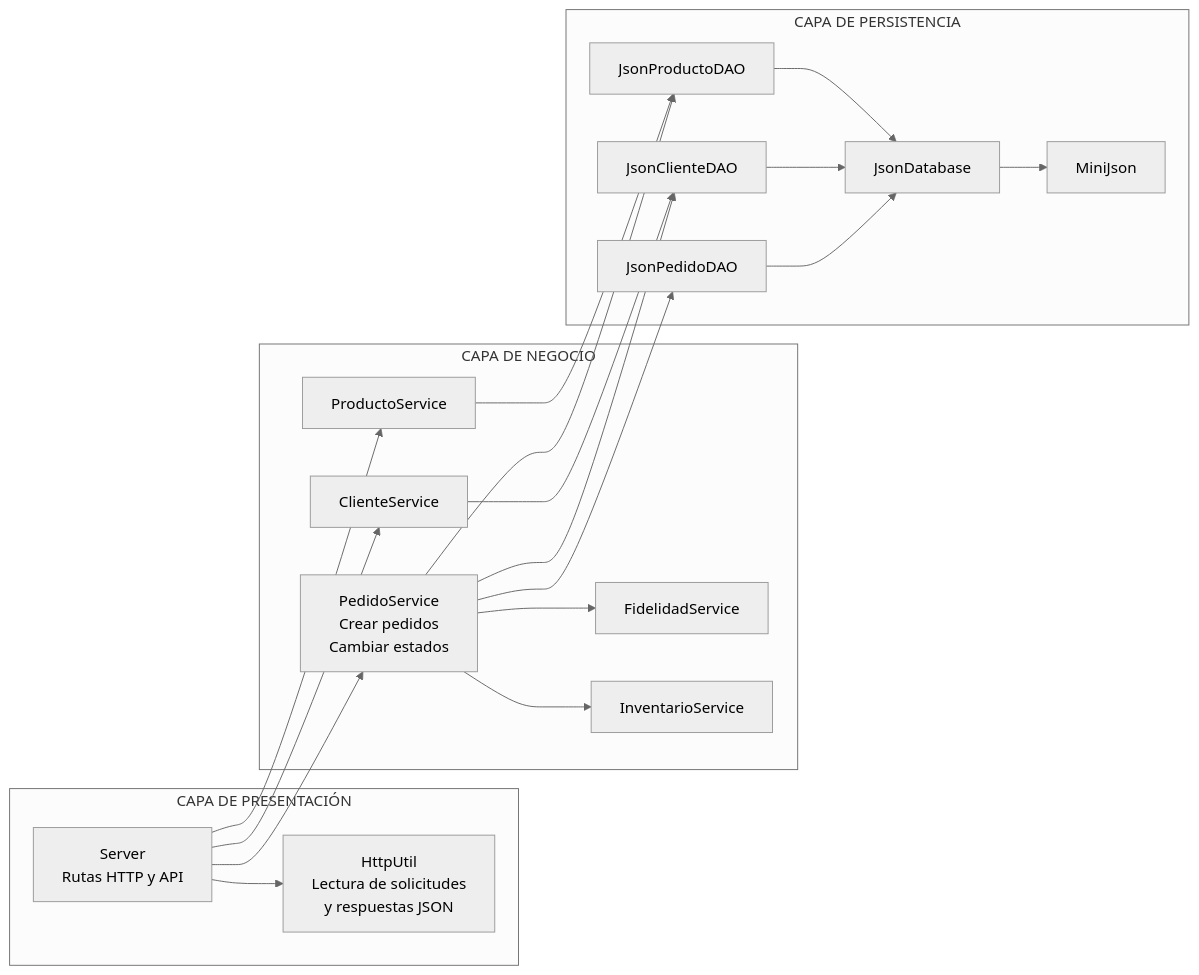
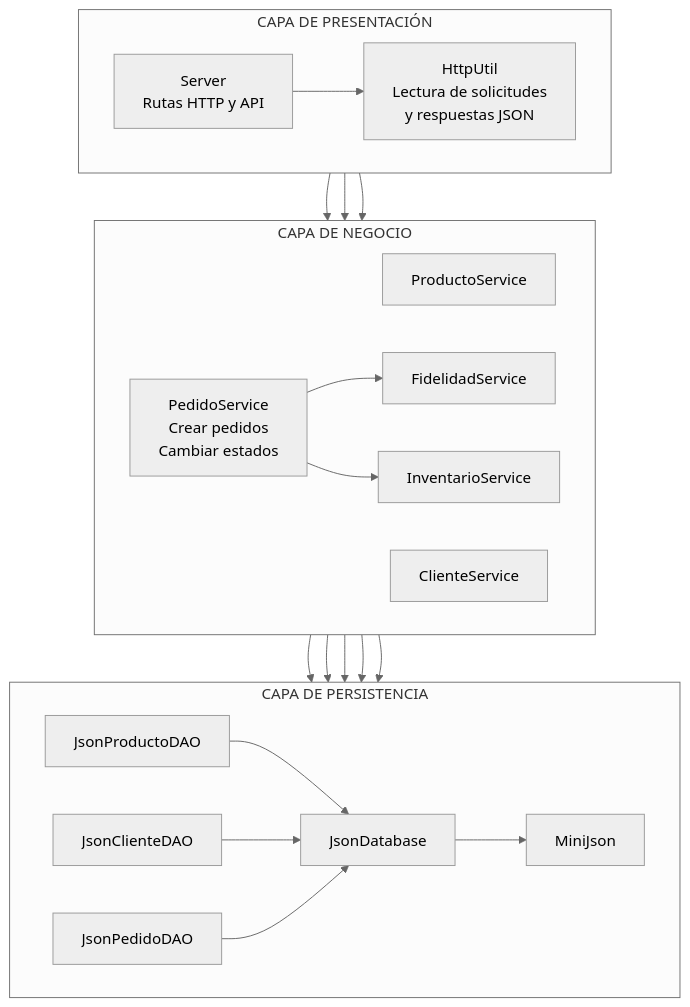
Before and after one commit to alejoms13/Taller-Modelo-N-Tier: the diagram in docs/diagramas-c4/c3-componentes.mmd, drawn with Mermaid (neutral theme).

```diff
--- a/docs/diagramas-c4/c3-componentes.mmd
+++ b/docs/diagramas-c4/c3-componentes.mmd
@@ -1,40 +1,43 @@
-flowchart LR
+flowchart TB
     subgraph P["CAPA DE PRESENTACIÓN"]
+        direction LR
         Server["Server<br/>Rutas HTTP y API"]
         HU["HttpUtil<br/>Lectura de solicitudes<br/>y respuestas JSON"]
         Server --> HU
     end
 
     subgraph N["CAPA DE NEGOCIO"]
+        direction LR
         PS["ProductoService"]
         CS["ClienteService"]
         OS["PedidoService<br/>Crear pedidos<br/>Cambiar estados"]
         FS["FidelidadService"]
         IS["InventarioService"]
     end
 
     subgraph D["CAPA DE PERSISTENCIA"]
+        direction LR
         PDA["JsonProductoDAO"]
         CDA["JsonClienteDAO"]
         ODA["JsonPedidoDAO"]
         DB["JsonDatabase"]
         MJ["MiniJson"]
     end
 
     Server --> PS
     Server --> CS
     Server --> OS
 
     PS --> PDA
     CS --> CDA
 
     OS --> PDA
     OS --> CDA
     OS --> ODA
     OS --> FS
     OS --> IS
 
     PDA --> DB
     CDA --> DB
     ODA --> DB
     DB --> MJ
```
